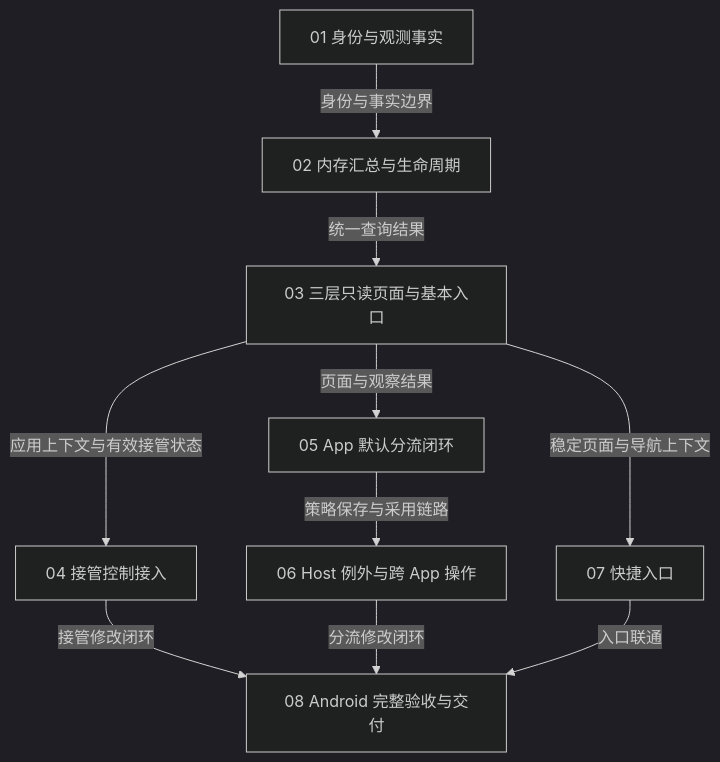
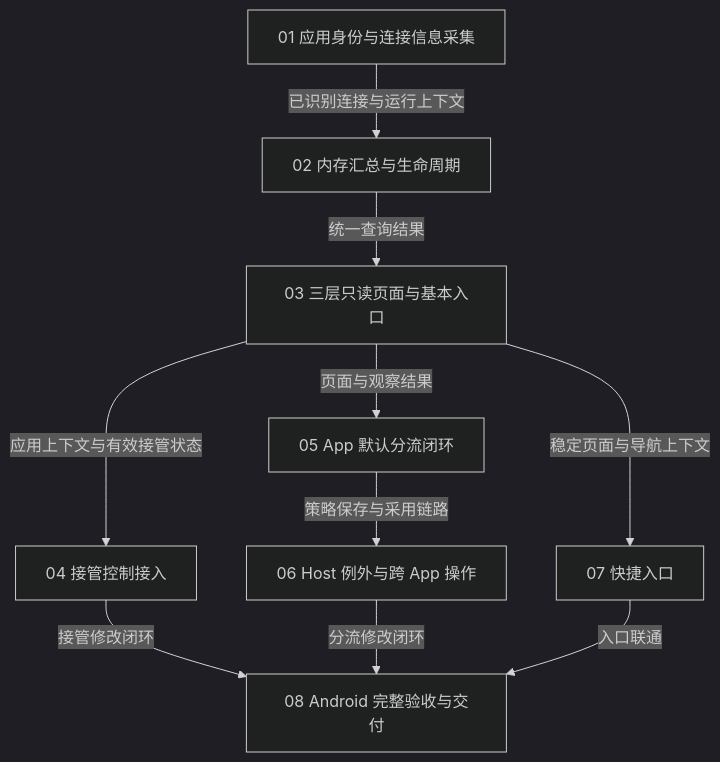
One commit to IdVincentYang/FlClash changed the diagram in docs/features/network_activity/network_activity_plan.md. Above: the diagram before and after it, drawn with Mermaid (dark theme). The commit also changed other lines of this file and 3 other files, not shown here.

````diff
--- a/docs/features/network_activity/network_activity_plan.md
+++ b/docs/features/network_activity/network_activity_plan.md
@@ -35,12 +35,12 @@
 ```mermaid
 flowchart TD
-    T01["01 身份与观测事实"] -->|身份与事实边界| T02["02 内存汇总与生命周期"]
+    T01["01 应用身份与连接信息采集"] -->|已识别连接与运行上下文| T02["02 内存汇总与生命周期"]
     T02 -->|统一查询结果| T03["03 三层只读页面与基本入口"]
     T03 -->|应用上下文与有效接管状态| T04["04 接管控制接入"]
     T03 -->|页面与观察结果| T05["05 App 默认分流闭环"]
     T05 -->|策略保存与采用链路| T06["06 Host 例外与跨 App 操作"]
     T03 -->|稳定页面与导航上下文| T07["07 快捷入口"]
     T04 -->|接管修改闭环| T08["08 Android 完整验收与交付"]
     T06 -->|分流修改闭环| T08
     T07 -->|入口联通| T08
 ```
````
